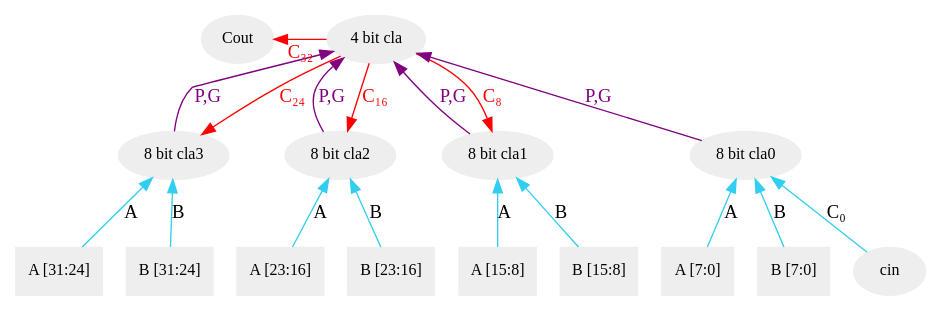
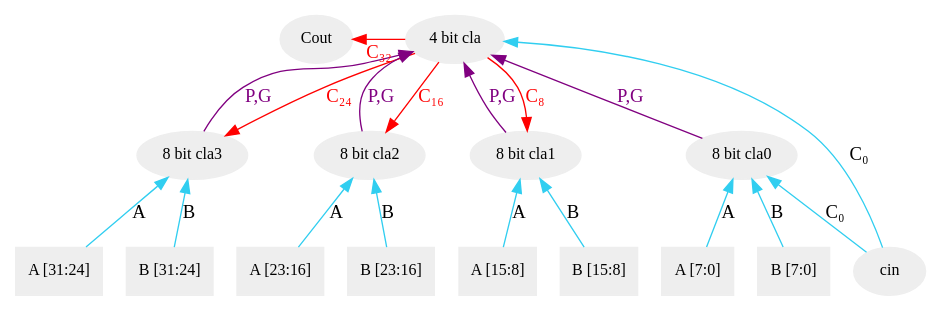
Before and after one commit to chengchingwen/slt_alu: the third of 3 diagrams in README.org, drawn with Graphviz. The commit also changed 1 other file, not shown here.

Commit message:
fix small mistake in picture

```diff
--- a/README.org
+++ b/README.org
@@ -129,58 +129,58 @@
 #+BEGIN_SRC dot :file ./img/multicladder.png :export results
 digraph G {
   ordering=in;
   //splines="line";
   graph [rankdir = BT]
   node [ fontname = Verdana, fontsize = 12 ]
   node [ style = filled ] 
   node [ fillcolor = "#EEEEEE" ] 
   node [ color = "#EEEEEE" ]
   edge [ color = "# 31CEF0" ]
 
  subgraph sluster_3{
   a3 [label="8 bit cla3"]
   s7 [label="A [31:24]", shape=box]
   s8 [label="B [31:24]", shape=box]
  }
  subgraph sluster_2{
   a2 [label="8 bit cla2"]
   s5 [label="A [23:16]", shape=box]
   s6 [label="B [23:16]", shape=box]
  }
  subgraph sluster_1{
   a1 [label="8 bit cla1"]
   s3 [label="A [15:8]", shape=box]
   s4 [label="B [15:8]", shape=box]
  }
  subgraph sluster_0{
   a0 [label="8 bit cla0"]
   s1 [label="A [7:0]", shape=box]
   s2 [label="B [7:0] ", shape=box]
   cin [label="cin"]  
  }
  subgraph sluster_4{
   a4 [label="4 bit cla"]
   c4 [label="Cout"]
   c4 -> a4 [label="C₃₂",dir=back, color=red, fontcolor=red];
  }
   {rank=sink;a4;c4;}
   {rank=same;a3;a2;a1;a0}
   a3 -> a4 [label="P,G", fontcolor=purple, color=purple];
   a3 -> a4 [label="C₂₄", dir=back, color=red, fontcolor=red];
   a2 -> a4 [label="P,G", fontcolor=purple, color=purple];
   a2 -> a4 [label="C₁₆", dir=back, color=red, fontcolor=red];
   a1 -> a4 [label="P,G", fontcolor=purple, color=purple];
   a1 -> a4 [label="C₈", dir=back, color=red, fontcolor=red];
   a0 -> a4 [label="P,G", fontcolor=purple, color=purple];
   s3 -> a1 [label="A"];
   s4 -> a1 [label="B"];
   s5 -> a2 [label="A"];
   s6 -> a2 [label="B"];
   s7 -> a3 [label="A"];
   s8 -> a3 [label="B"];
   s1 -> a0 [label="A"];
   s2 -> a0 [label="B"];
   cin -> a0 [label="C₀"];
-
+  cin -> a4 [label="C₀"];
 }
 #+END_SRC
```
